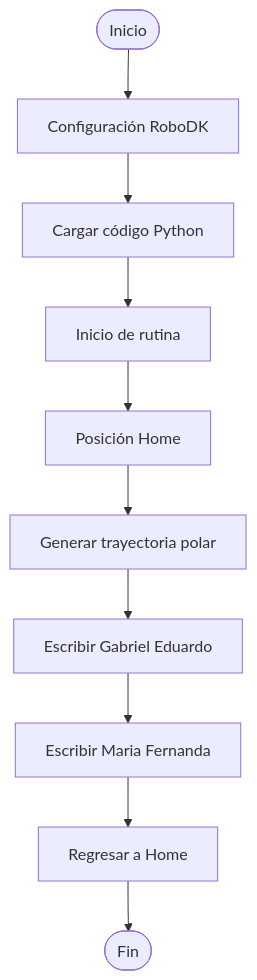
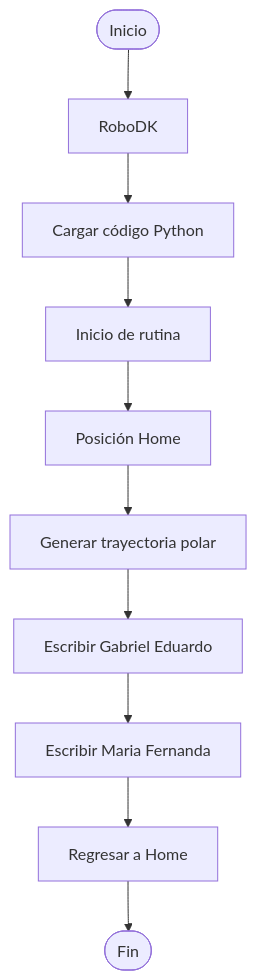
The diagram in Laboratorio No. 02 - Robótica Industrial Motoman MH6 y RoboDK/README.MD (labsir-un/Robotica-2026-I-Equipo-3B-Bojaca-Morillo), drawn with Mermaid before and after one commit.

````diff
--- a/Laboratorio No. 02 - Robótica Industrial Motoman MH6 y RoboDK/README.MD
+++ b/Laboratorio No. 02 - Robótica Industrial Motoman MH6 y RoboDK/README.MD
@@ -308,24 +308,24 @@
 ```mermaid
 flowchart TD
 
     A([Inicio])
 
-    A --> B[Configuración RoboDK]
+    A --> B[RoboDK]
 
     B --> C[Cargar código Python]
 
     C --> D[Inicio de rutina]
 
     D --> E[Posición Home] 
     E --> F[Generar trayectoria polar]
 
     F--> G[Escribir Gabriel Eduardo]
 
     G --> H[Escribir Maria Fernanda]
 
    
 
     H --> I[Regresar a Home]
 
     I --> J([Fin])
 ```
````
